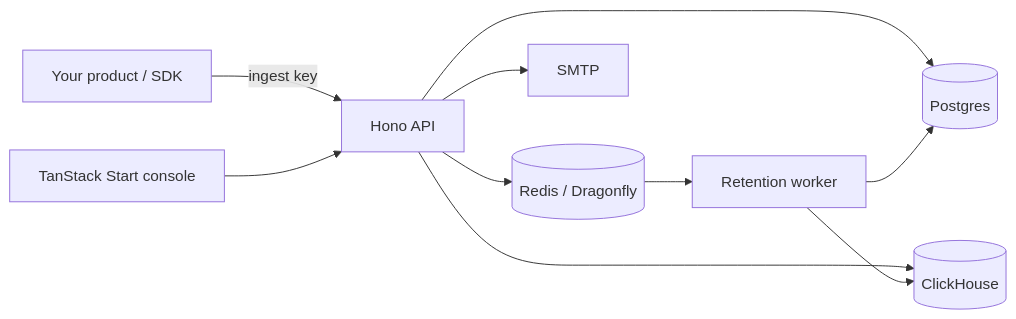
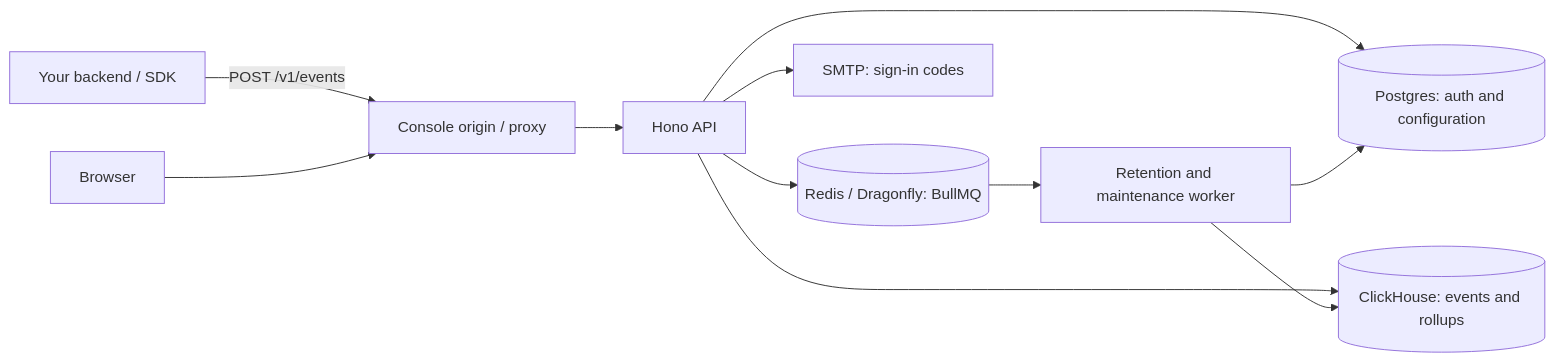
Before and after one commit to joodlab/logbird: the diagram in README.md, drawn with Mermaid. The commit also changed other lines of this file and 56 other files, not shown here.

````diff
--- a/README.md
+++ b/README.md
@@ -40,12 +77,13 @@
 ```mermaid
 flowchart LR
-  Product[Your product / SDK] -->|ingest key| Server[Hono API]
-  Browser[TanStack Start console] --> Server
-  Server --> PG[(Postgres)]
-  Server --> CH[(ClickHouse)]
-  Server --> Redis[(Redis / Dragonfly)]
-  Redis --> Worker[Retention worker]
+  Product[Your backend / SDK] -->|POST /v1/events| Console[Console origin / proxy]
+  Browser[Browser] --> Console
+  Console --> API[Hono API]
+  API --> PG[(Postgres: auth and configuration)]
+  API --> CH[(ClickHouse: events and rollups)]
+  API --> Redis[(Redis / Dragonfly: BullMQ)]
+  Redis --> Worker[Retention and maintenance worker]
   Worker --> PG
   Worker --> CH
-  Server --> SMTP[SMTP]
+  API --> SMTP[SMTP: sign-in codes]
 ```
````
